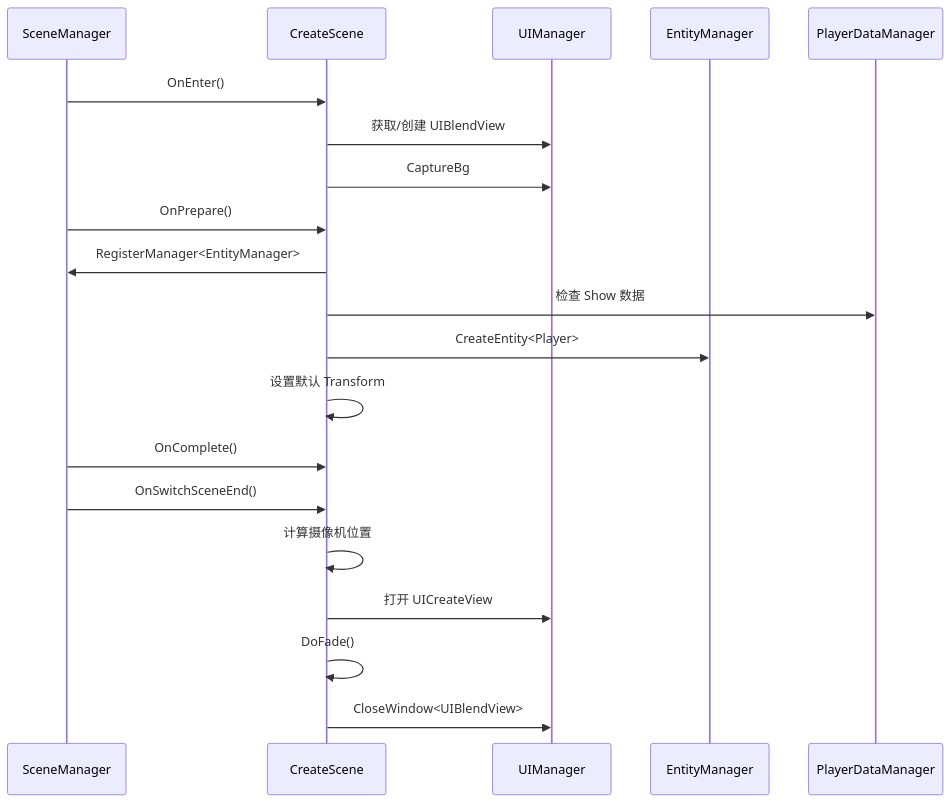
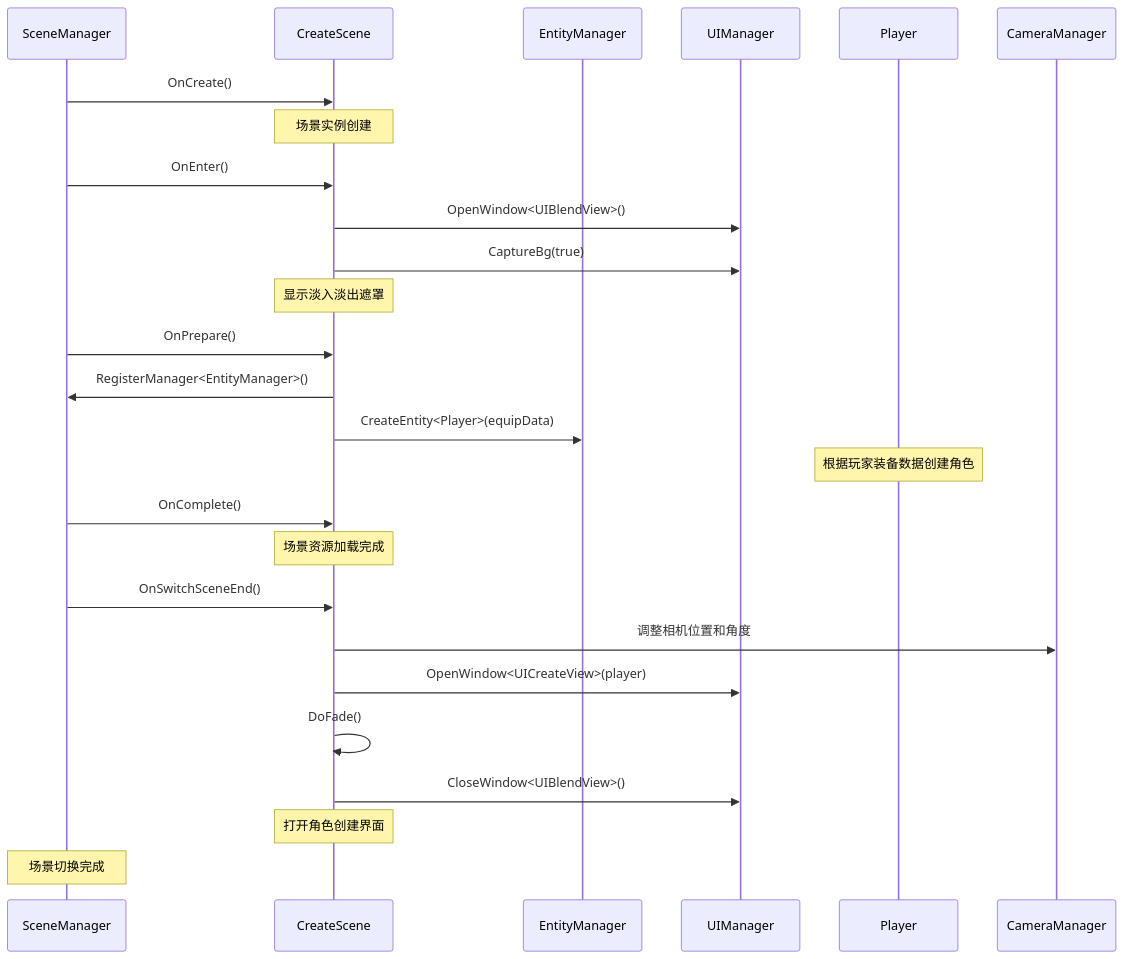
Before and after one commit to acsta/Container: the first of 2 diagrams in Assets/Scripts/Code/Game/Scene/Map/CreateScene.cs.md, drawn with Mermaid. The commit also changed other lines of this file and 21 other files, not shown here.

````diff
--- a/Assets/Scripts/Code/Game/Scene/Map/CreateScene.cs.md
+++ b/Assets/Scripts/Code/Game/Scene/Map/CreateScene.cs.md
@@ -284,26 +73,34 @@
 ```mermaid
 sequenceDiagram
     participant SM as SceneManager
     participant CS as CreateScene
+    participant EM as EntityManager
     participant UM as UIManager
-    participant EM as EntityManager
-    participant PD as PlayerDataManager
+    participant Player as Player
+    participant CM as CameraManager
 
+    SM->>CS: OnCreate()
+    Note over CS: 场景实例创建
+    
     SM->>CS: OnEnter()
-    CS->>UM: 获取/创建 UIBlendView
-    CS->>UM: CaptureBg
-
+    CS->>UM: OpenWindow<UIBlendView>()
+    CS->>UM: CaptureBg(true)
+    Note over CS: 显示淡入淡出遮罩
+    
     SM->>CS: OnPrepare()
-    CS->>SM: RegisterManager<EntityManager>
-    CS->>PD: 检查 Show 数据
-    CS->>EM: CreateEntity<Player>
-    CS->>CS: 设置默认 Transform
-
+    CS->>SM: RegisterManager<EntityManager>()
+    CS->>EM: CreateEntity<Player>(equipData)
+    Note over Player: 根据玩家装备数据创建角色
+    
     SM->>CS: OnComplete()
-
+    Note over CS: 场景资源加载完成
+    
     SM->>CS: OnSwitchSceneEnd()
-    CS->>CS: 计算摄像机位置
-    CS->>UM: 打开 UICreateView
+    CS->>CM: 调整相机位置和角度
+    CS->>UM: OpenWindow<UICreateView>(player)
     CS->>CS: DoFade()
-    CS->>UM: CloseWindow<UIBlendView>
+    CS->>UM: CloseWindow<UIBlendView>()
+    Note over CS: 打开角色创建界面
+    
+    Note over SM: 场景切换完成
 ```
````
